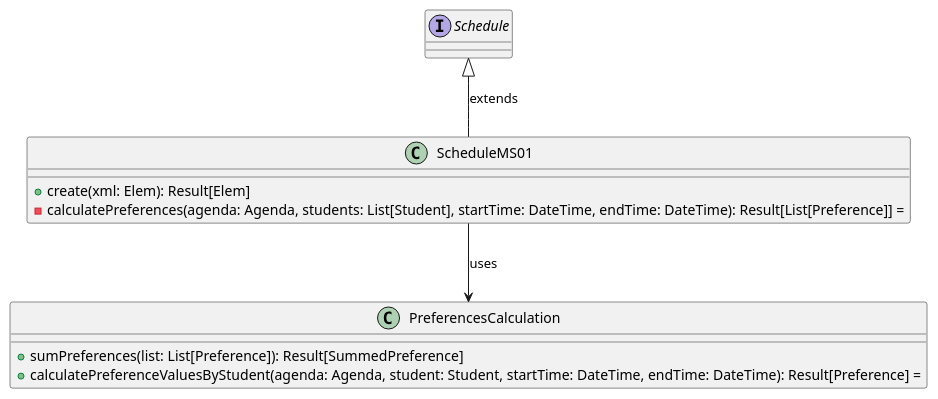
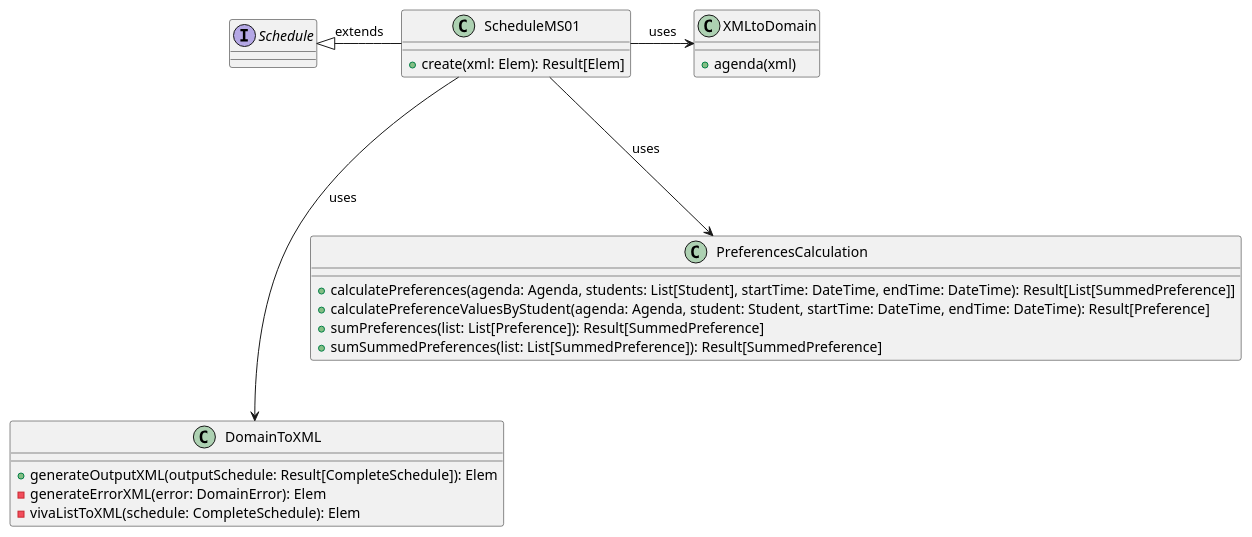
One commit to vitorpereiraa/meeting-scheduler changed the diagram in diagrams/schedule.puml. Above: the diagram before and after it, drawn with PlantUML.

Commit message:
Update documentation of output generation and preferences calculation

```diff
--- a/diagrams/schedule.puml
+++ b/diagrams/schedule.puml
@@ -1,18 +1,31 @@
 @startuml
 
 interface Schedule
 
 class ScheduleMS01 {
     +create(xml: Elem): Result[Elem]
-    -calculatePreferences(agenda: Agenda, students: List[Student], startTime: DateTime, endTime: DateTime): Result[List[Preference]] =
+}
+
+class XMLtoDomain {
+    +agenda(xml)
+}
+
+class DomainToXML {
+    +generateOutputXML(outputSchedule: Result[CompleteSchedule]): Elem
+    -generateErrorXML(error: DomainError): Elem
+    -vivaListToXML(schedule: CompleteSchedule): Elem
 }
 
 class PreferencesCalculation {
+    +calculatePreferences(agenda: Agenda, students: List[Student], startTime: DateTime, endTime: DateTime): Result[List[SummedPreference]]
+    +calculatePreferenceValuesByStudent(agenda: Agenda, student: Student, startTime: DateTime, endTime: DateTime): Result[Preference]
     +sumPreferences(list: List[Preference]): Result[SummedPreference]
-    +calculatePreferenceValuesByStudent(agenda: Agenda, student: Student, startTime: DateTime, endTime: DateTime): Result[Preference] =
+    +sumSummedPreferences(list: List[SummedPreference]): Result[SummedPreference]
 }
 
-ScheduleMS01 -up-|> Schedule : extends
-ScheduleMS01 -down-> PreferencesCalculation : uses
+ScheduleMS01 --left-|> Schedule : extends
+ScheduleMS01 --right-> XMLtoDomain : uses
+ScheduleMS01 --down-> PreferencesCalculation : uses
+ScheduleMS01 ---down-> DomainToXML : uses
 
 @enduml
```
